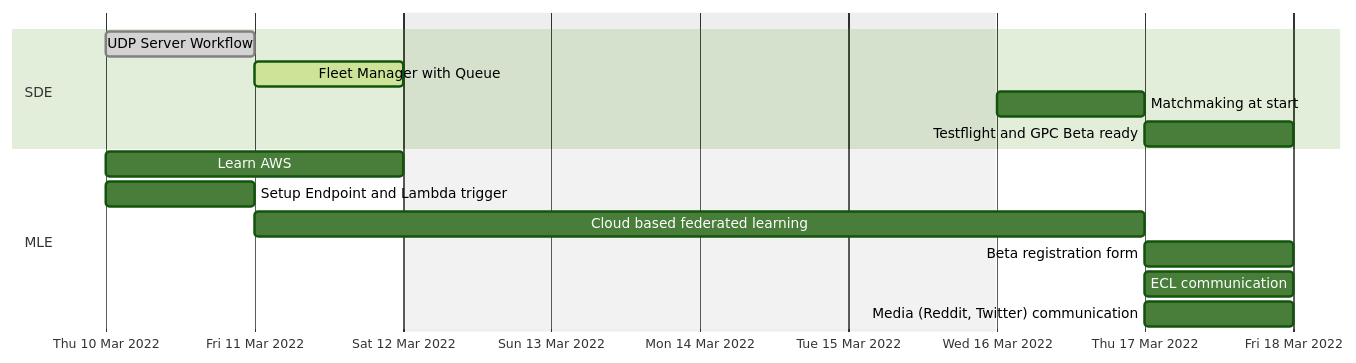
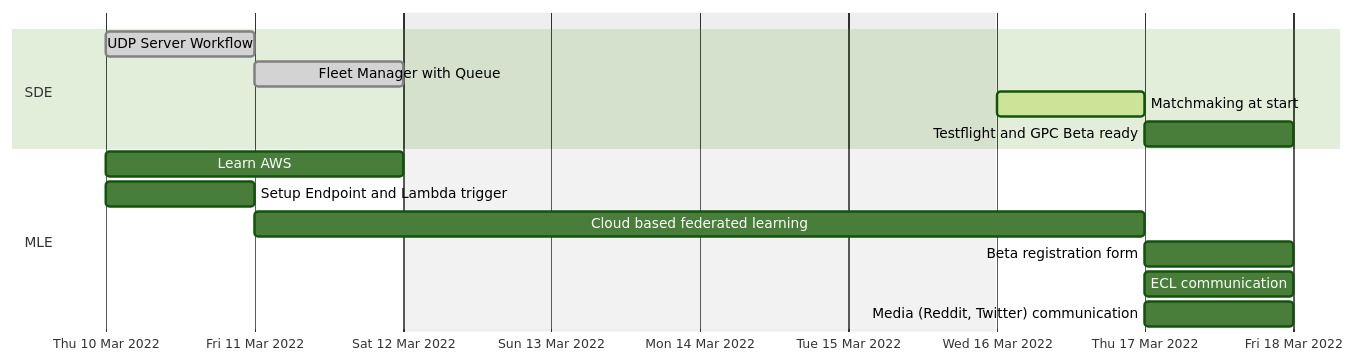
The diagram in ROADMAP.md (AdrKacz/super-duper-guacamole), drawn with Mermaid (forest theme) before and after one commit.

Commit message:
update roadmap

````diff
--- a/ROADMAP.md
+++ b/ROADMAP.md
@@ -3,20 +3,20 @@
 ```mermaid
 gantt
     dateFormat YYYY-MM-DD
     axisFormat %a %e %b %Y
     excludes weekends, 2022-03-14, 2022-03-15
 
     section SDE
         UDP Server Workflow : done, s11, 2022-03-10, 1d 
-        Fleet Manager with Queue : active, s12, after s11, 1d
-        Matchmaking at start : s13, after s12, 1d 
+        Fleet Manager with Queue : done, s12, after s11, 1d
+        Matchmaking at start : active, s13, after s12, 1d 
         Testflight and GPC Beta ready : s14, after s13, 1d
 
     section MLE
         Learn AWS: s20, 2022-03-10, 2d 
         Setup Endpoint and Lambda trigger : s21, 2022-03-10, 1d
         Cloud based federated learning : s22, after s21, 2d 
         Beta registration form: s231, after s22, 1d
         ECL communication : s232, after s22, 1d
         Media (Reddit, Twitter) communication : s233, after s22, 1d
 ```
````
